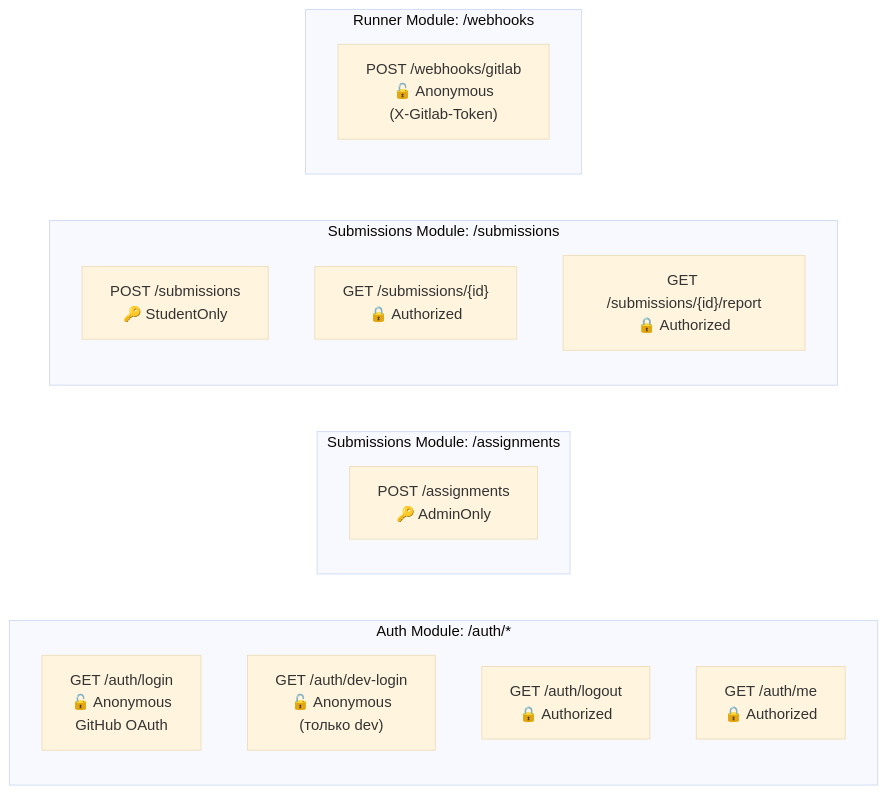
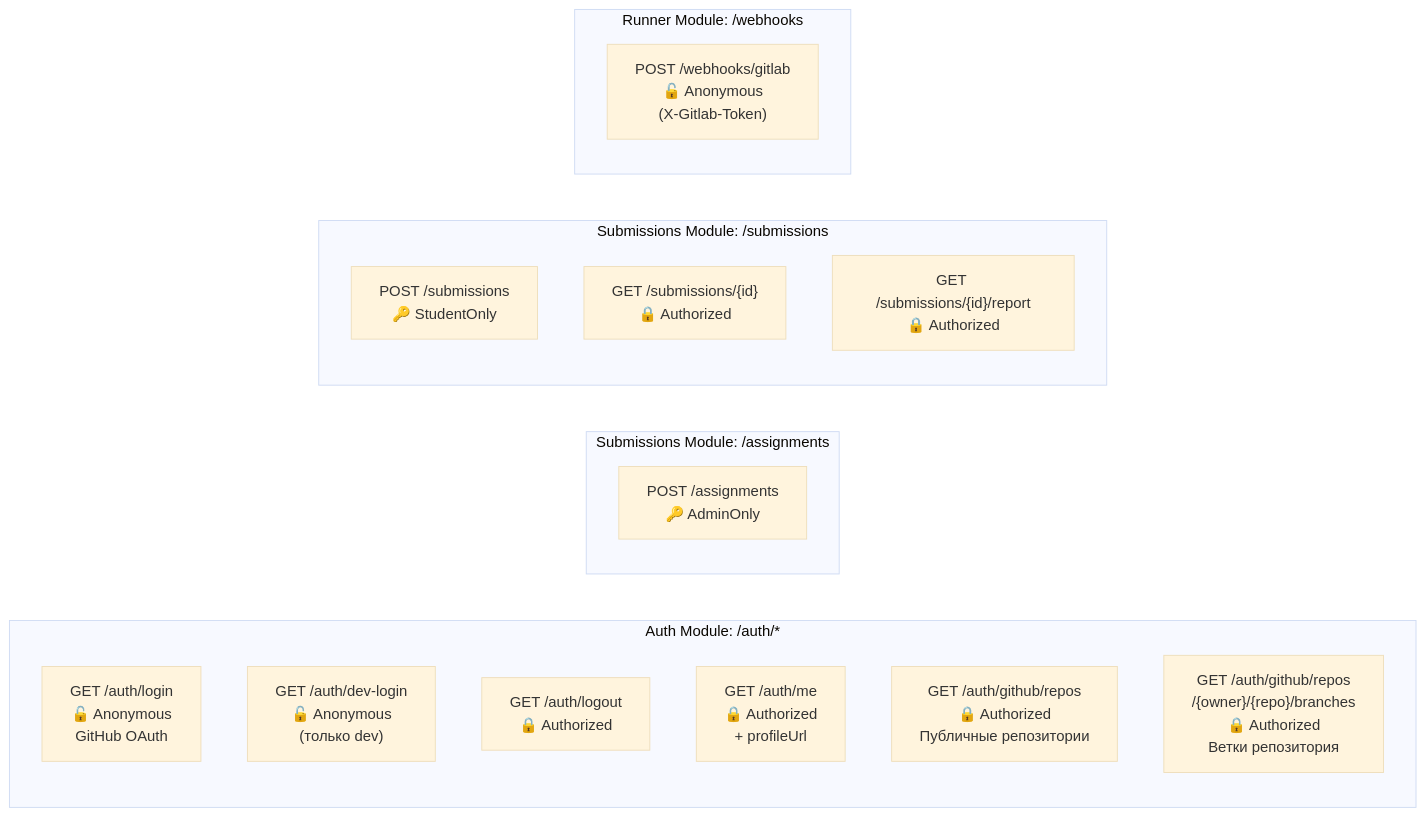
One commit to m1nus0ne/Runner changed the eighth of 11 diagrams in report/diagrams.md. Above: the diagram before and after it, drawn with Mermaid (base theme). The commit also changed 11 other files, not shown here.

````diff
--- a/report/diagrams.md
+++ b/report/diagrams.md
@@ -431,23 +431,25 @@
 ```mermaid
 graph LR
     subgraph "Auth Module: /auth/*"
         L["GET /auth/login<br/>🔓 Anonymous<br/>GitHub OAuth"]
         DL["GET /auth/dev-login<br/>🔓 Anonymous<br/>(только dev)"]
         LO["GET /auth/logout<br/>🔒 Authorized"]
-        ME["GET /auth/me<br/>🔒 Authorized"]
+        ME["GET /auth/me<br/>🔒 Authorized<br/>+ profileUrl"]
+        GR["GET /auth/github/repos<br/>🔒 Authorized<br/>Публичные репозитории"]
+        GB["GET /auth/github/repos<br/>/{owner}/{repo}/branches<br/>🔒 Authorized<br/>Ветки репозитория"]
     end
 
     subgraph "Submissions Module: /assignments"
         CA2["POST /assignments<br/>🔑 AdminOnly"]
     end
 
     subgraph "Submissions Module: /submissions"
         CS2["POST /submissions<br/>🔑 StudentOnly"]
         GS2["GET /submissions/{id}<br/>🔒 Authorized"]
         GR2["GET /submissions/{id}/report<br/>🔒 Authorized"]
     end
 
     subgraph "Runner Module: /webhooks"
         WH["POST /webhooks/gitlab<br/>🔓 Anonymous<br/>(X-Gitlab-Token)"]
     end
 ```
````
